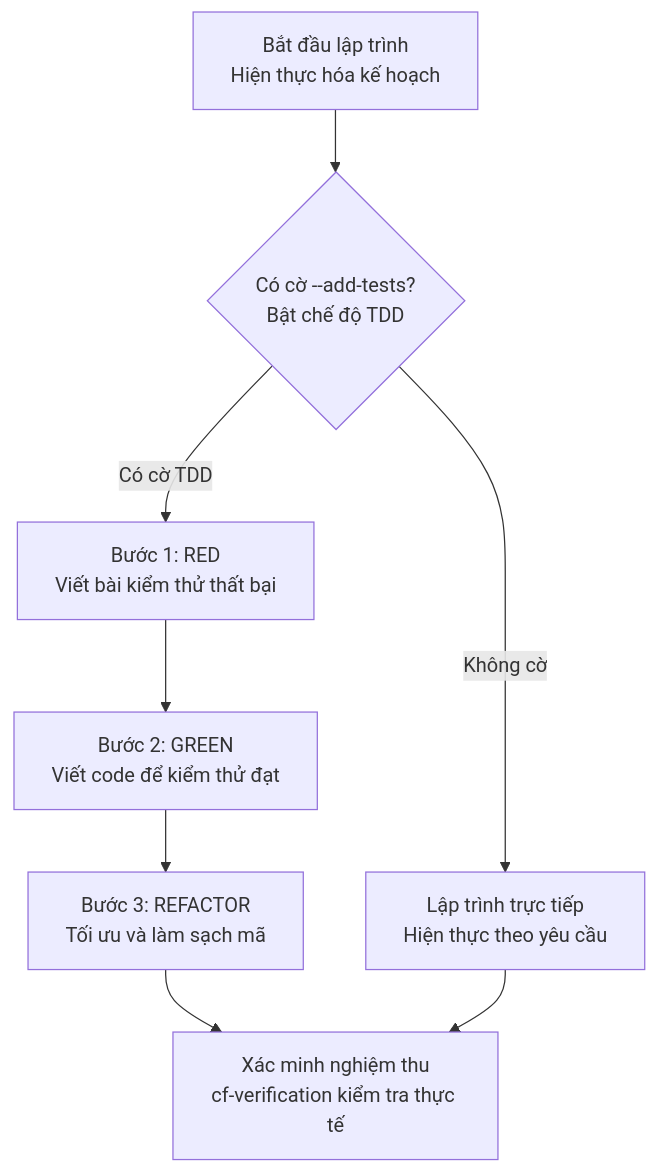
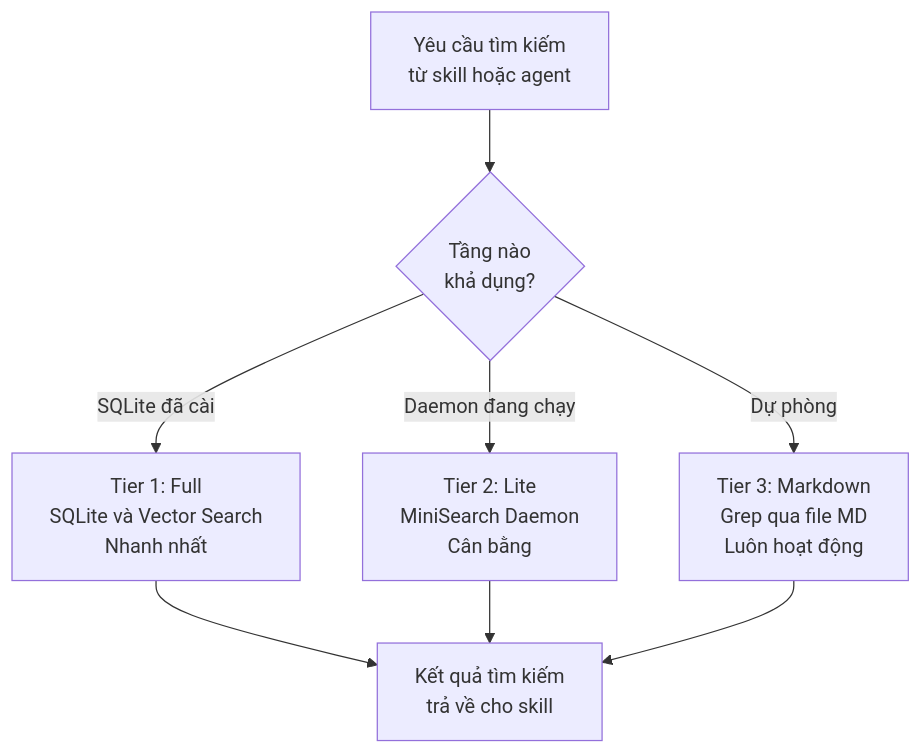
One commit to nguyengoctin/my_website changed the second of 3 diagrams in content/posts/toan-tap-coding-friend-ai-engineering.md. Above: the diagram before and after it, drawn with Mermaid. The commit also changed other lines of this file and 19 other files, not shown here.

Commit message:
chore: implement Mermaid best-practice audit script, apply auto-fixes to posts, and adjust rendering configurations

````diff
--- a/content/posts/toan-tap-coding-friend-ai-engineering.md
+++ b/content/posts/toan-tap-coding-friend-ai-engineering.md
@@ -145,17 +209,16 @@
 ```mermaid
 flowchart TD
-    StartDev["Bắt đầu lập trình<br/>Hiện thực hóa kế hoạch"]
-    CheckTest{"Có cờ --add-tests?<br/>Bật chế độ TDD"}
-    Red["Bước 1: RED<br/>Viết bài kiểm thử thất bại"]
-    Green["Bước 2: GREEN<br/>Viết code để kiểm thử đạt"]
-    Refactor["Bước 3: REFACTOR<br/>Tối ưu và làm sạch mã"]
-    Direct["Lập trình trực tiếp<br/>Hiện thực theo yêu cầu"]
-    Verify["Xác minh nghiệm thu<br/>cf-verification kiểm tra thực tế"]
-    StartDev --> CheckTest
-    CheckTest -->|Có cờ TDD| Red
-    CheckTest -->|Không cờ| Direct
-    Red --> Green
-    Green --> Refactor
-    Refactor --> Verify
-    Direct --> Verify
+    Query["Yêu cầu tìm kiếm<br/>từ skill hoặc agent"]
+    Auto{"Tầng nào<br/>khả dụng?"}
+    T1["Tier 1: Full<br/>SQLite và Vector Search<br/>Nhanh nhất"]
+    T2["Tier 2: Lite<br/>MiniSearch Daemon<br/>Cân bằng"]
+    T3["Tier 3: Markdown<br/>Grep qua file MD<br/>Luôn hoạt động"]
+    Result["Kết quả tìm kiếm<br/>trả về cho skill"]
+    Query --> Auto
+    Auto -->|SQLite đã cài| T1
+    Auto -->|Daemon đang chạy| T2
+    Auto -->|Dự phòng| T3
+    T1 --> Result
+    T2 --> Result
+    T3 --> Result
 ```
````
